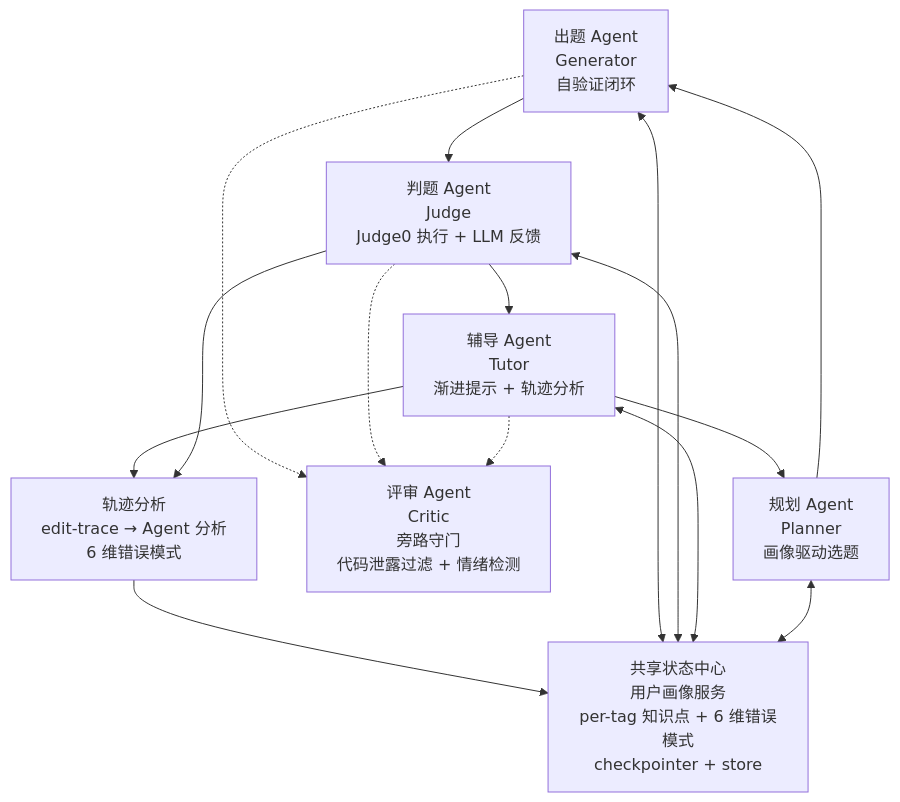
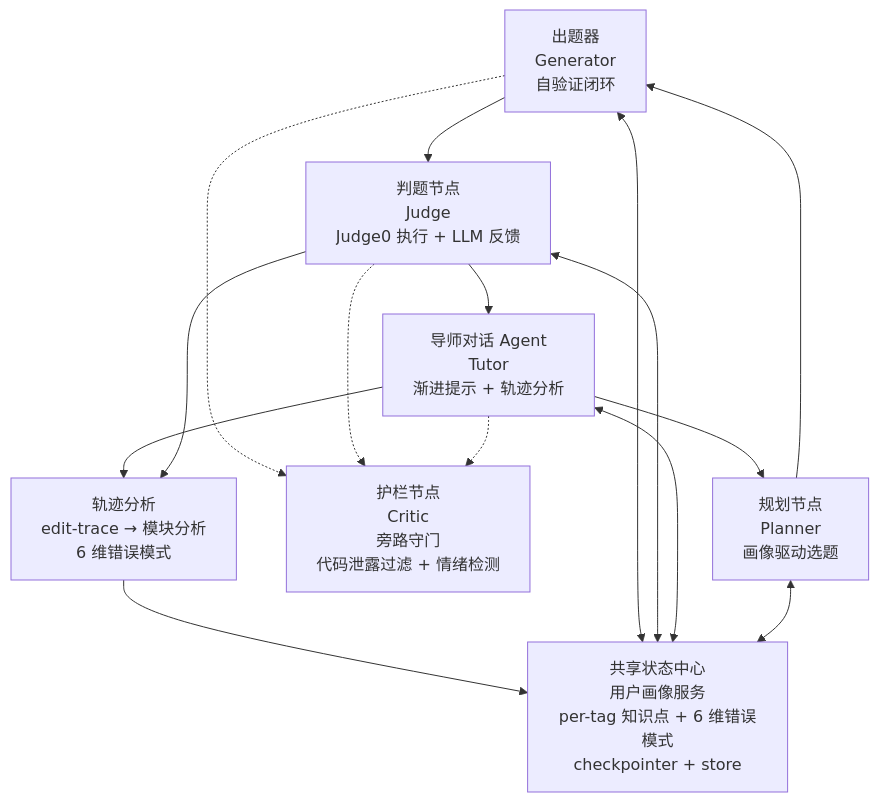
One commit to YanzheShi/code-tutor-agent changed the diagram in README.md. Above: the diagram before and after it, drawn with Mermaid. The commit also changed other lines of this file and 4 other files, not shown here.

Commit message:
feat(mermaid): 支持对话中展示mermaid流程图

````diff
--- a/README.md
+++ b/README.md
@@ -99,26 +99,26 @@
 ```mermaid
 flowchart TB
-    PG[出题 Agent<br/>Generator<br/>自验证闭环]
-    PJ[判题 Agent<br/>Judge<br/>Judge0 执行 + LLM 反馈]
-    PT[辅导 Agent<br/>Tutor<br/>渐进提示 + 轨迹分析]
-    PP[规划 Agent<br/>Planner<br/>画像驱动选题]
-    PC[评审 Agent<br/>Critic<br/>旁路守门<br/>代码泄露过滤 + 情绪检测]
+    PG[出题器<br/>Generator<br/>自验证闭环]
+    PJ[判题节点<br/>Judge<br/>Judge0 执行 + LLM 反馈]
+    PT[导师对话 Agent<br/>Tutor<br/>渐进提示 + 轨迹分析]
+    PP[规划节点<br/>Planner<br/>画像驱动选题]
+    PC[护栏节点<br/>Critic<br/>旁路守门<br/>代码泄露过滤 + 情绪检测]
 
-    TR[轨迹分析<br/>edit-trace → Agent 分析<br/>6 维错误模式]
+    TR[轨迹分析<br/>edit-trace → 模块分析<br/>6 维错误模式]
     UPS[共享状态中心<br/>用户画像服务<br/>per-tag 知识点 + 6 维错误模式<br/>checkpointer + store]
 
     PG --> PJ
     PJ --> PT
     PT --> PP
     PG -.-> PC
     PJ -.-> PC
     PT -.-> PC
     PP --> PG
     PT --> TR
     PJ --> TR
     TR --> UPS
     PG <--> UPS
     PJ <--> UPS
     PT <--> UPS
     PP <--> UPS
 ```
````
